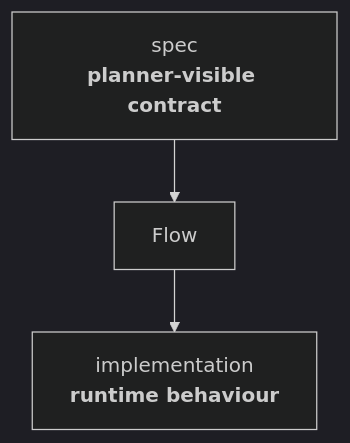
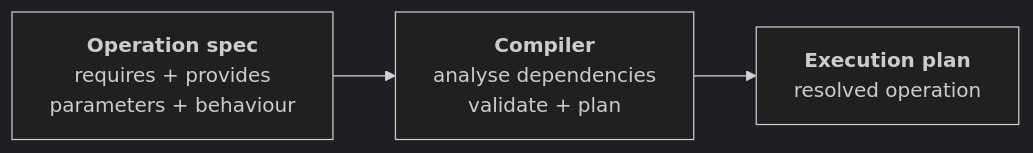
Before and after one commit to FAST-HEP/fast-hep.github.io: the third of 3 diagrams in content/concepts/operations-and-specs.md, drawn with Mermaid (dark theme). The commit also changed other lines of this file and 6 other files, not shown here.

````diff
--- a/content/concepts/operations-and-specs.md
+++ b/content/concepts/operations-and-specs.md
@@ -70,9 +77,8 @@
 ```mermaid
-flowchart TD
-    Spec["spec<br/><b>planner-visible contract</b>"]
-    Flow["Flow"]
-    Impl["implementation<br/><b>runtime behaviour</b>"]
+flowchart LR
+    Spec["<b>Operation spec</b><br/>requires + provides<br/>parameters + behaviour"]:::flow
+    Compiler["<b>Compiler</b><br/>analyse dependencies<br/>validate + plan"]:::flow
+    Plan["<b>Execution plan</b><br/>resolved operation"]:::plan
 
-    Spec --> Flow
-    Flow --> Impl
+    Spec --> Compiler --> Plan
 ```
````
